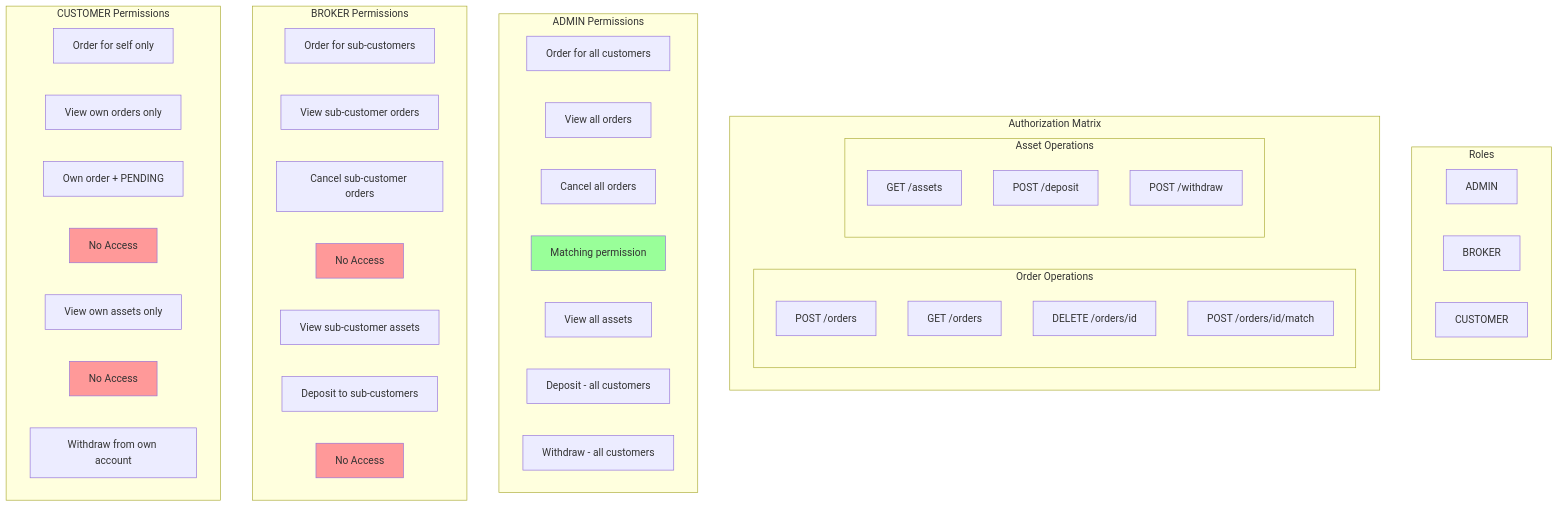
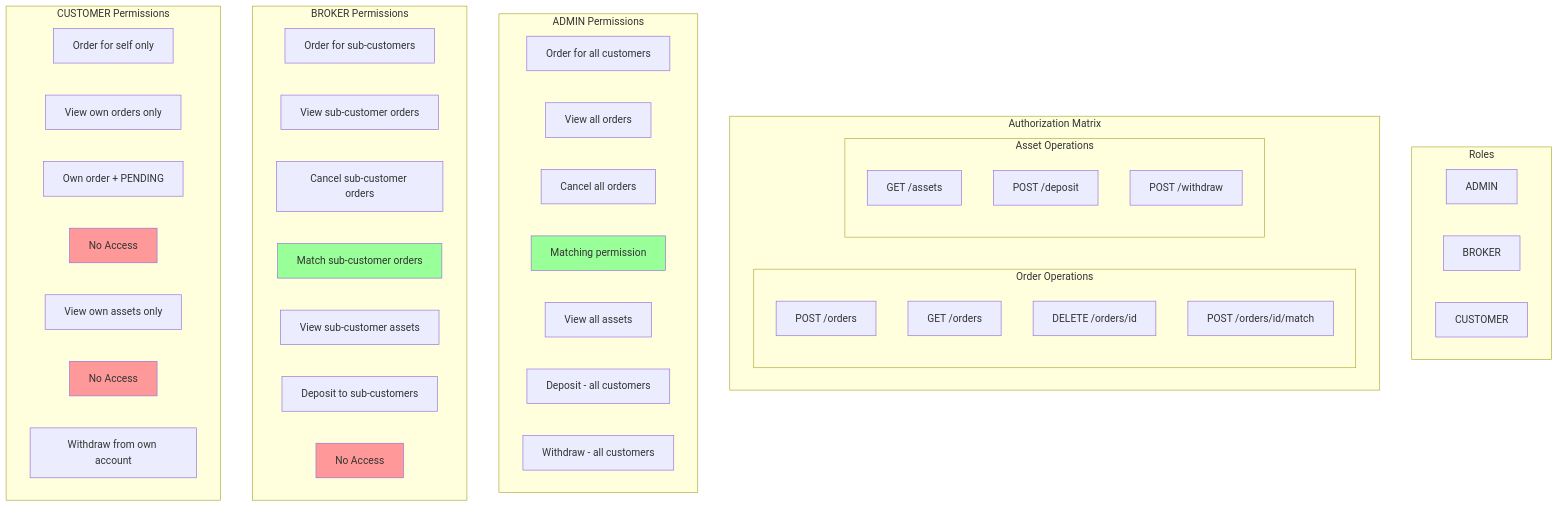
One commit to atillailhankartal/interview-20251222 changed diagram 21 of 29 in docs/en/05-api-gateway-security.md. Above: the diagram before and after it, drawn with Mermaid. The commit also changed other lines of this file and 43 other files, not shown here.

````diff
--- a/docs/en/05-api-gateway-security.md
+++ b/docs/en/05-api-gateway-security.md
@@ -605,60 +649,60 @@
 ```mermaid
 flowchart TB
     subgraph Legend["Roles"]
         direction LR
         L1["ADMIN"]
         L2["BROKER"]
         L3["CUSTOMER"]
     end
 
     subgraph Matrix["Authorization Matrix"]
         subgraph Orders["Order Operations"]
             O1["POST /orders"]
             O2["GET /orders"]
             O3["DELETE /orders/id"]
             O4["POST /orders/id/match"]
         end
 
         subgraph Assets["Asset Operations"]
             A1["GET /assets"]
             A2["POST /deposit"]
             A3["POST /withdraw"]
         end
     end
 
     subgraph AdminScope["ADMIN Permissions"]
         AD1[Order for all customers]
         AD2[View all orders]
         AD3[Cancel all orders]
         AD4[Matching permission]
         AD5[View all assets]
         AD6[Deposit - all customers]
         AD7[Withdraw - all customers]
     end
 
     subgraph BrokerScope["BROKER Permissions"]
         BR1[Order for sub-customers]
         BR2[View sub-customer orders]
         BR3[Cancel sub-customer orders]
-        BR4[No Access]
+        BR4[Match sub-customer orders]
         BR5[View sub-customer assets]
         BR6[Deposit to sub-customers]
         BR7[No Access]
     end
 
     subgraph CustomerScope["CUSTOMER Permissions"]
         CU1[Order for self only]
         CU2[View own orders only]
         CU3[Own order + PENDING]
         CU4[No Access]
         CU5[View own assets only]
         CU6[No Access]
         CU7[Withdraw from own account]
     end
 
-    style BR4 fill:#f99
+    style BR4 fill:#9f9
     style BR7 fill:#f99
     style CU4 fill:#f99
     style CU6 fill:#f99
     style AD4 fill:#9f9
 ```
````
